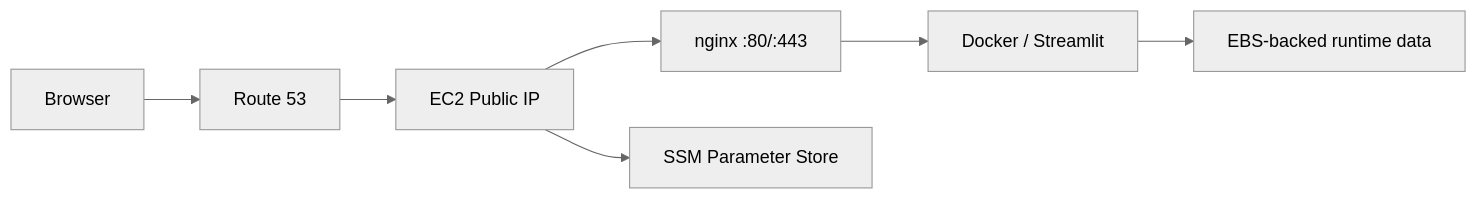
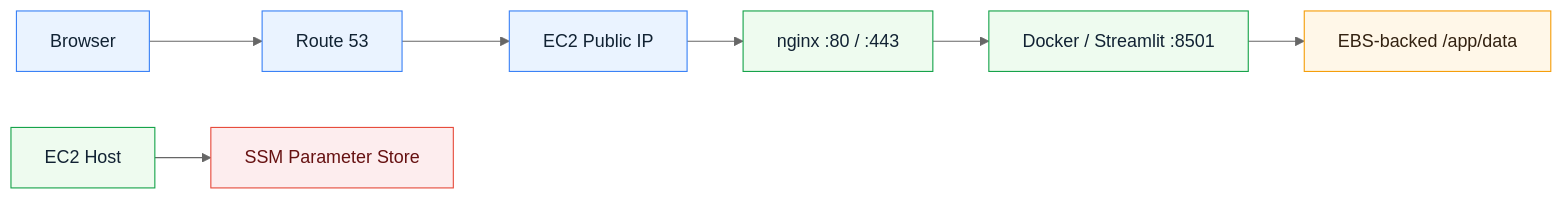
The second of 4 diagrams in README.md (RusbehAbtahi/RAGstream), drawn with Mermaid (neutral theme) before and after one commit. The commit also changed other lines of this file and 2 other files, not shown here.

````diff
--- a/README.md
+++ b/README.md
@@ -28,9 +29,14 @@
 ```mermaid
 flowchart LR
-  USER[Browser] --> DNS[Route 53]
-  DNS --> EC2[EC2 Public IP]
-  EC2 --> NGINX[nginx :80/:443]
-  NGINX --> APP[Docker / Streamlit]
-  APP --> DATA[EBS-backed runtime data]
-  EC2 --> SSM[SSM Parameter Store]
+  classDef edge fill:#EAF3FF,stroke:#3B82F6,color:#123;
+  classDef host fill:#EEFBEF,stroke:#16A34A,color:#123;
+  classDef data fill:#FFF7E8,stroke:#F59E0B,color:#321;
+  classDef sec fill:#FDEDEE,stroke:#E74C3C,color:#611;
+
+  USER[Browser]:::edge --> R53[Route 53]:::edge
+  R53 --> IP[EC2 Public IP]:::edge
+  IP --> NGINX[nginx :80 / :443]:::host
+  NGINX --> APP[Docker / Streamlit :8501]:::host
+  APP --> DATA[EBS-backed /app/data]:::data
+  EC2[EC2 Host]:::host --> SSM[SSM Parameter Store]:::sec
 ```
````
